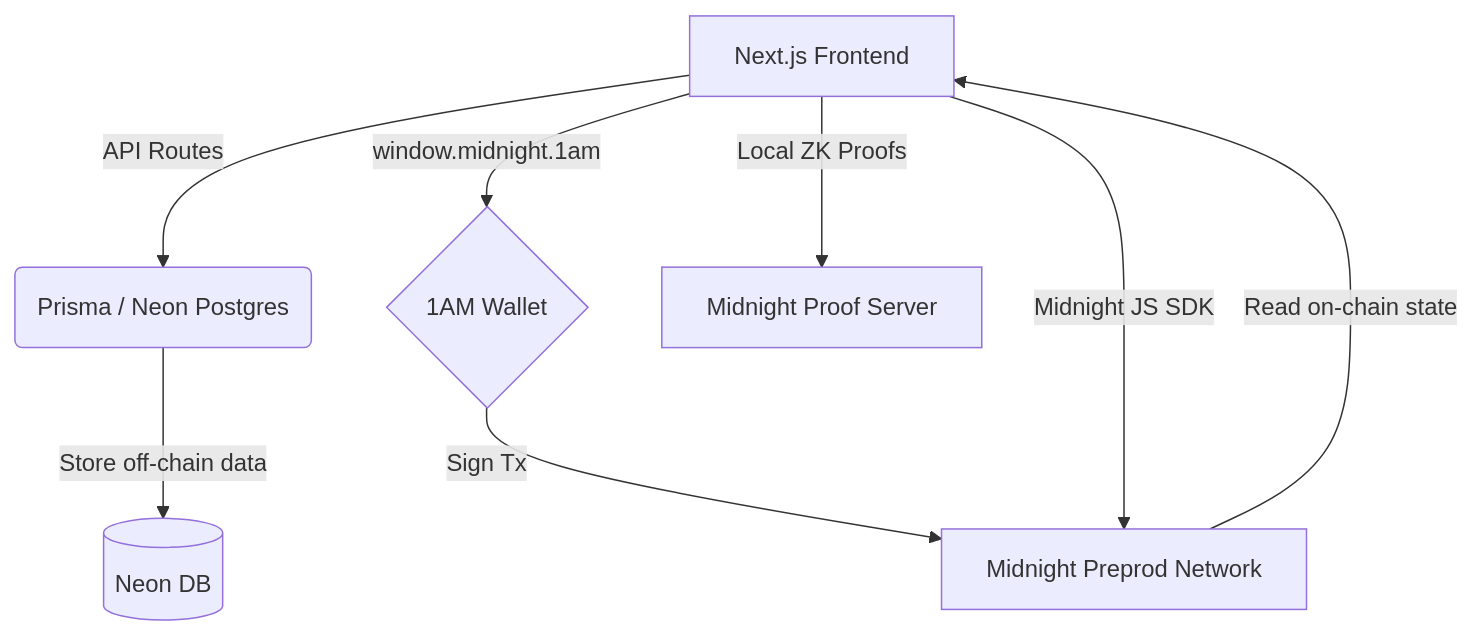
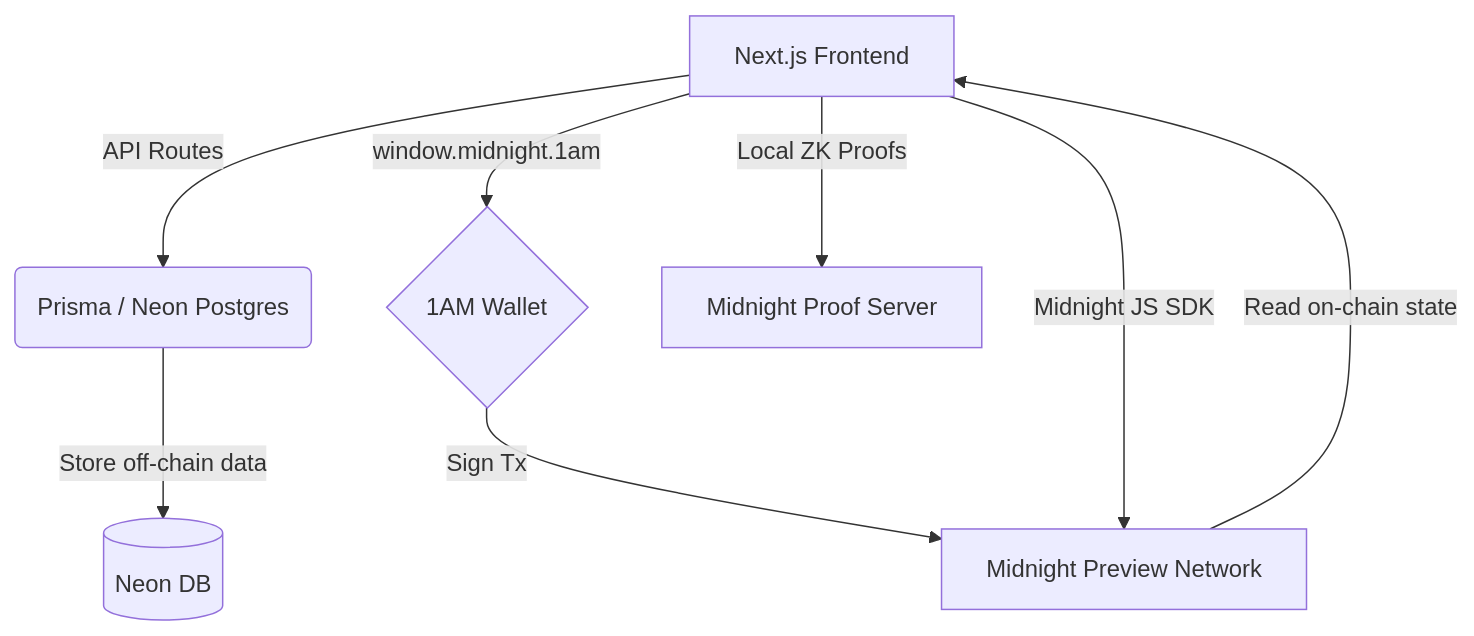
Before and after one commit to thisisouvik/VeilBid: the first of 2 diagrams in README.md, drawn with Mermaid. The commit also changed other lines of this file and 12 other files, not shown here.

````diff
--- a/README.md
+++ b/README.md
@@ -124,10 +124,10 @@
 ```mermaid
 graph TD
     A[Next.js Frontend] -->|API Routes| B(Prisma / Neon Postgres)
     A -->|window.midnight.1am| C{1AM Wallet}
-    C -->|Sign Tx| D[Midnight Preprod Network]
+    C -->|Sign Tx| D[Midnight Preview Network]
     A -->|Midnight JS SDK| D
     A -->|Local ZK Proofs| E[Midnight Proof Server]
     B -->|Store off-chain data| F[(Neon DB)]
     D -->|Read on-chain state| A
 ```
````
